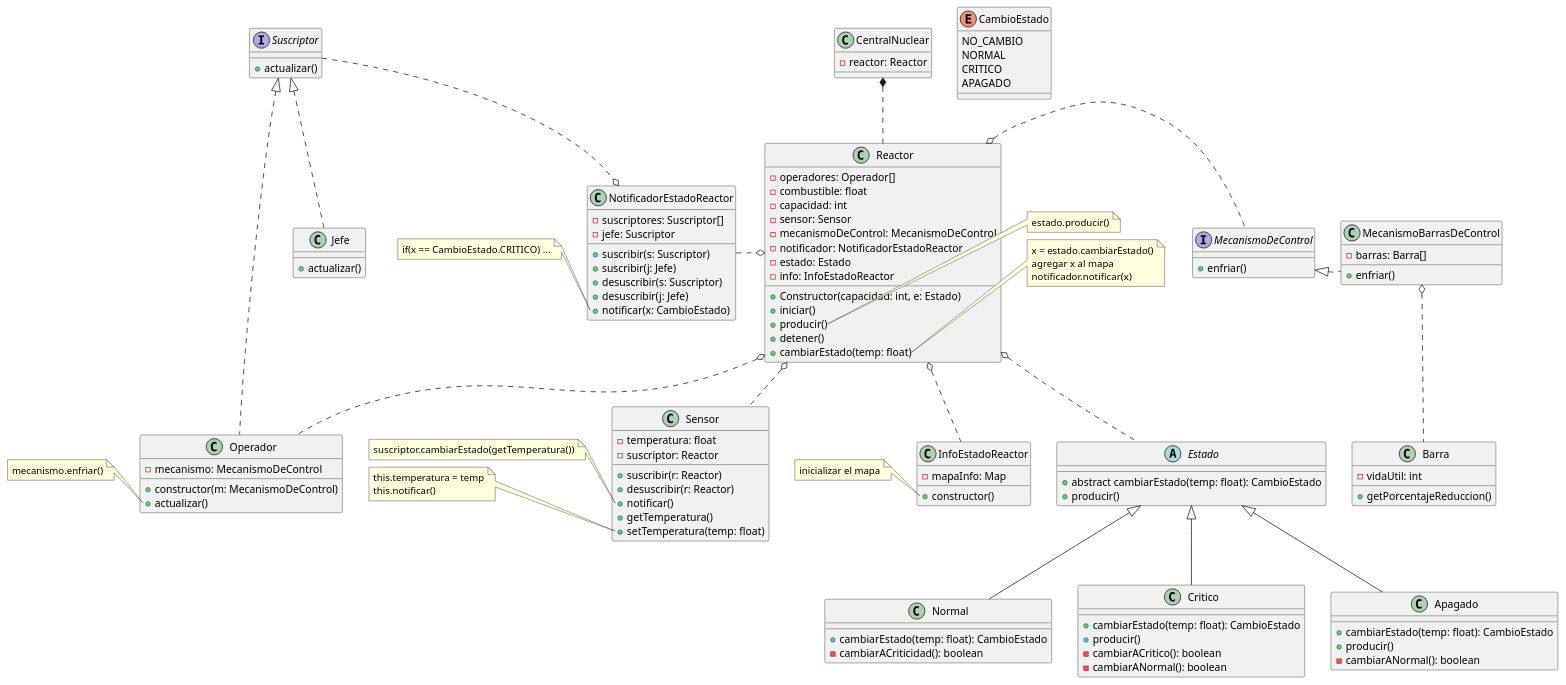
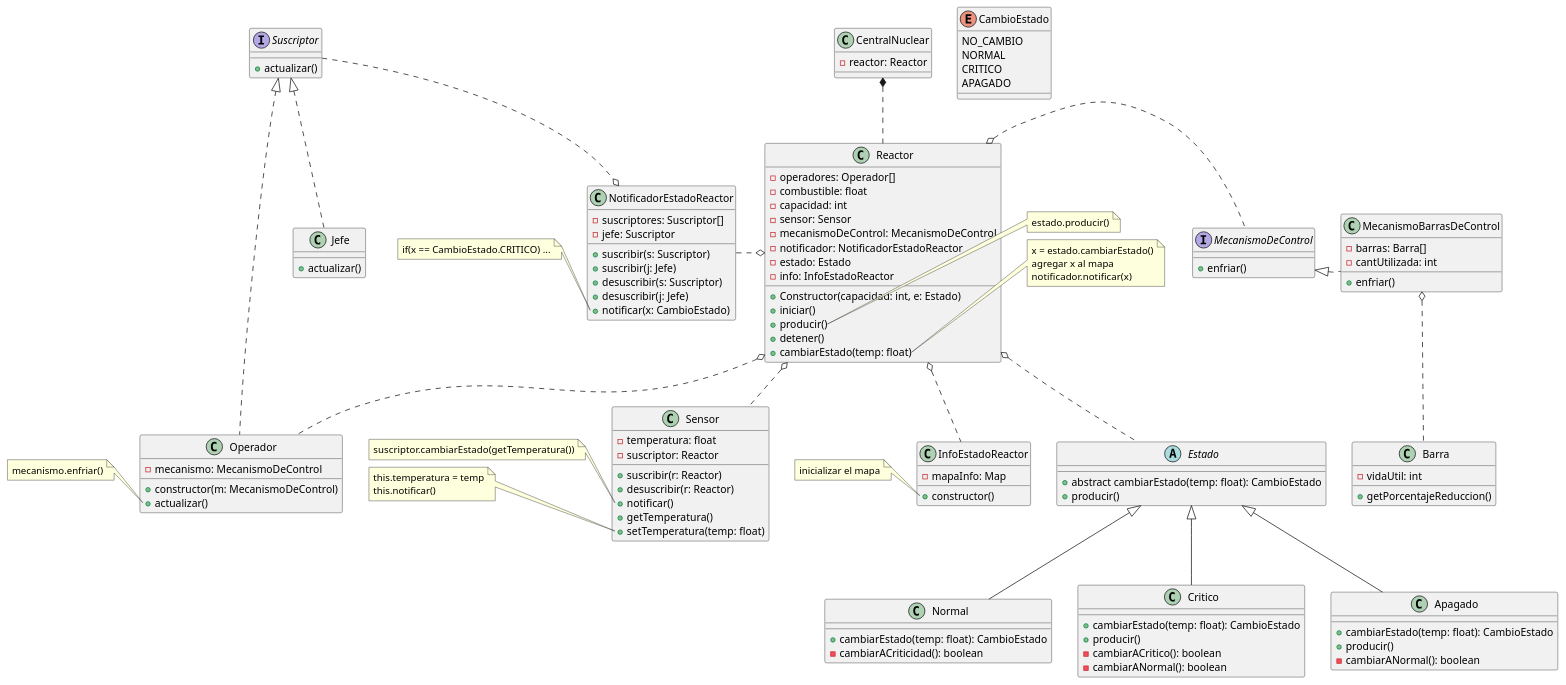
One commit to Danehue/reactor-nuclear changed the diagram in diagrams/central.puml. Above: the diagram before and after it, drawn with PlantUML. The commit also changed 1 other file, not shown here.

```diff
--- a/diagrams/central.puml
+++ b/diagrams/central.puml
@@ -1,147 +1,148 @@
 @startuml
 
 class CentralNuclear {
     - reactor: Reactor
 }
 
 class Reactor {
     - operadores: Operador[]
     - combustible: float
     - capacidad: int
     - sensor: Sensor
     - mecanismoDeControl: MecanismoDeControl
     - notificador: NotificadorEstadoReactor
     - estado: Estado
     - info: InfoEstadoReactor
     + Constructor(capacidad: int, e: Estado)
     + iniciar()
     + producir()
     + detener()
     + cambiarEstado(temp: float)
 }
 
 class Sensor {
     - temperatura: float
     - suscriptor: Reactor
     + suscribir(r: Reactor)
     + desuscribir(r: Reactor)
     + notificar()
     + getTemperatura()
     + setTemperatura(temp: float)
 }
 
 
 interface MecanismoDeControl {
     + enfriar()
 }
 
 class MecanismoBarrasDeControl implements MecanismoDeControl {
     - barras: Barra[]
+    - cantUtilizada: int
     + enfriar()
 }
 class Barra {
     - vidaUtil: int
     + getPorcentajeReduccion()
 }
 
 
 class NotificadorEstadoReactor {
     - suscriptores: Suscriptor[]
     - jefe: Suscriptor
 
     + suscribir(s: Suscriptor)
     + suscribir(j: Jefe)
     + desuscribir(s: Suscriptor)
     + desuscribir(j: Jefe)
     + notificar(x: CambioEstado)
 }
 
 interface Suscriptor {
     + actualizar()
 }
 
 class Operador implements Suscriptor {
     - mecanismo: MecanismoDeControl
     + constructor(m: MecanismoDeControl)
     + actualizar()
 }
 
 class Jefe implements Suscriptor{
     + actualizar()
 }
 
 abstract Estado {
     + abstract cambiarEstado(temp: float): CambioEstado
     + producir()
 }
 class Normal extends Estado{
     + cambiarEstado(temp: float): CambioEstado
     - cambiarACriticidad(): boolean
 }
 class Critico extends Estado{
     + cambiarEstado(temp: float): CambioEstado
     + producir()
     - cambiarACritico(): boolean
     - cambiarANormal(): boolean
 }
 class Apagado extends Estado{
     + cambiarEstado(temp: float): CambioEstado
     + producir()
     - cambiarANormal(): boolean
 }
 
 enum CambioEstado {
     NO_CAMBIO
     NORMAL
     CRITICO
     APAGADO
 }
 
 class InfoEstadoReactor {
     - mapaInfo: Map
     + constructor()
 }
 
 'Relaciones
 CentralNuclear *.. Reactor
 
 ' Reactor o.. Combustible
 Reactor o.. Sensor
 Reactor o.r. MecanismoDeControl
 Reactor o.l. NotificadorEstadoReactor
 Reactor o.. Estado
 Reactor o.. InfoEstadoReactor
 Reactor o.. Operador
 
 NotificadorEstadoReactor o.u. Suscriptor
 MecanismoBarrasDeControl o.. Barra
 
 MecanismoBarrasDeControl o.r[hidden]. MecanismoDeControl
 Suscriptor o.u[hidden]. Operador
 
 Note right of Reactor::producir 
     estado.producir()
 end Note
 Note right of Reactor::cambiarEstado 
     x = estado.cambiarEstado()
     agregar x al mapa
     notificador.notificar(x)
 end Note
 Note left of Sensor::notificar 
     suscriptor.cambiarEstado(getTemperatura())
 end Note
 Note left of Sensor::setTemperatura 
     this.temperatura = temp
     this.notificar()
 end Note
 Note left of InfoEstadoReactor::constructor 
     inicializar el mapa
 end Note
 Note left of NotificadorEstadoReactor::notificar 
     if(x == CambioEstado.CRITICO) ...
 end Note
 Note left of Operador::actualizar 
     mecanismo.enfriar()
 end Note
 
 @enduml
```
